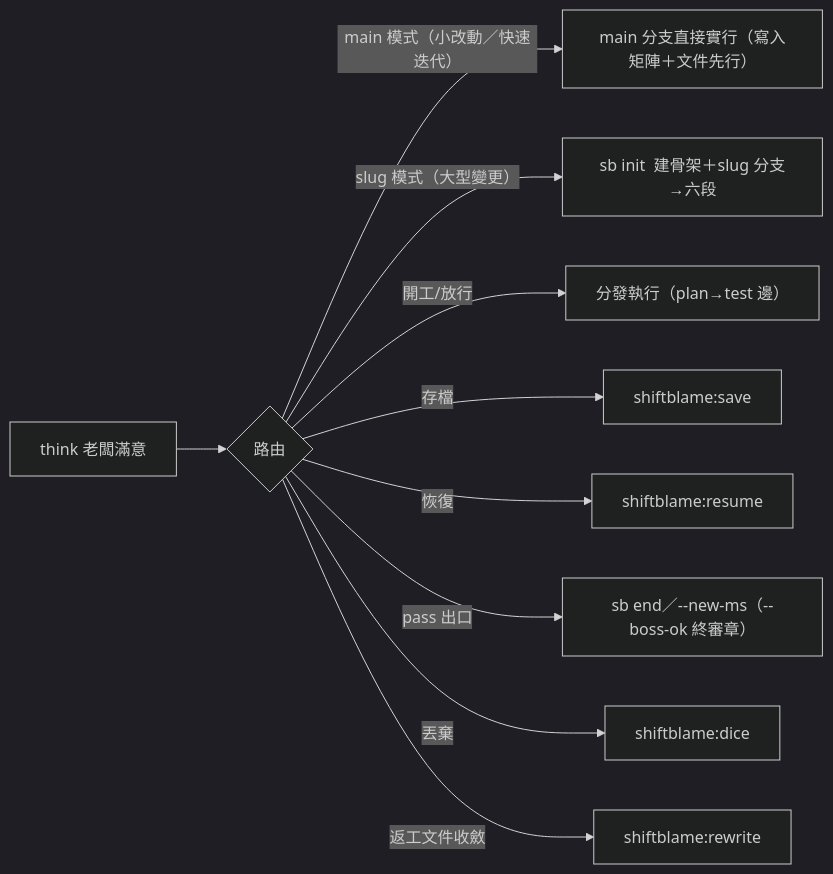
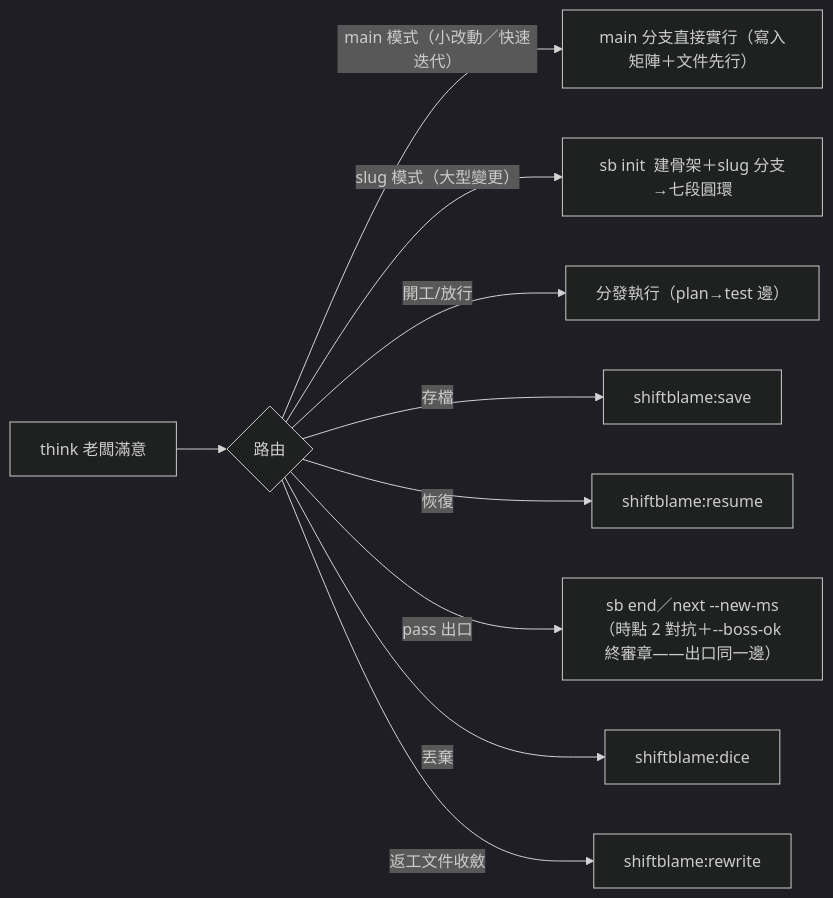
One commit to teps3105/shiftblame changed the diagram in skills/think/SKILL.md. Above: the diagram before and after it, drawn with Mermaid (dark theme). The commit also changed other lines of this file and 32 other files, not shown here.

````diff
--- a/skills/think/SKILL.md
+++ b/skills/think/SKILL.md
@@ -46,12 +46,12 @@
 ```mermaid
 flowchart LR
     T["think 老闆滿意"] --> R{"路由"}
     R -- "main 模式（小改動／快速迭代）" --> D7["main 分支直接實行（寫入矩陣＋文件先行）"]
-    R -- "slug 模式（大型變更）" --> S["sb init <slug> 建骨架＋slug 分支→六段"]
+    R -- "slug 模式（大型變更）" --> S["sb init <slug> 建骨架＋slug 分支→七段圓環"]
     R -- 開工/放行 --> D1["分發執行（plan→test 邊）"]
     R -- 存檔 --> D2["shiftblame:save"]
     R -- 恢復 --> D3["shiftblame:resume"]
-    R -- "pass 出口" --> D4["sb end／--new-ms（--boss-ok 終審章）"]
+    R -- "pass 出口" --> D4["sb end／next --new-ms（時點 2 對抗＋--boss-ok 終審章——出口同一邊）"]
     R -- 丟棄 --> D5["shiftblame:dice"]
     R -- 返工文件收斂 --> D6["shiftblame:rewrite"]
 ```
````
